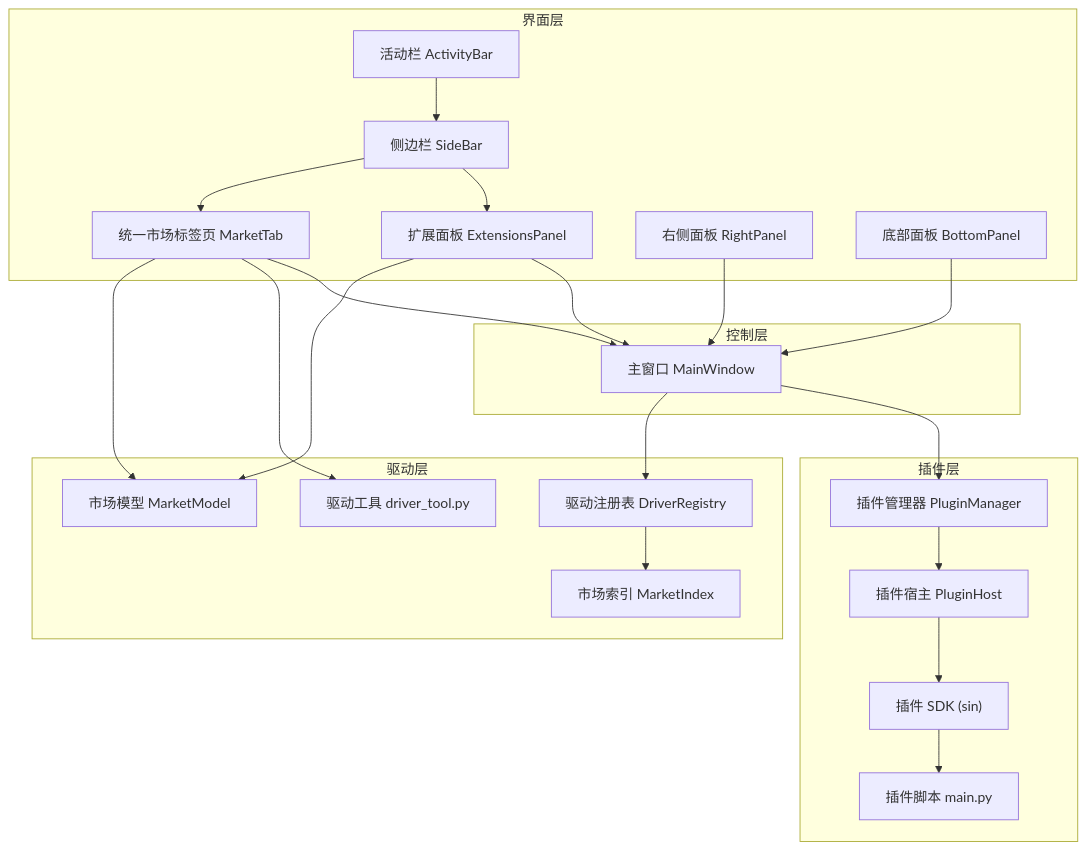
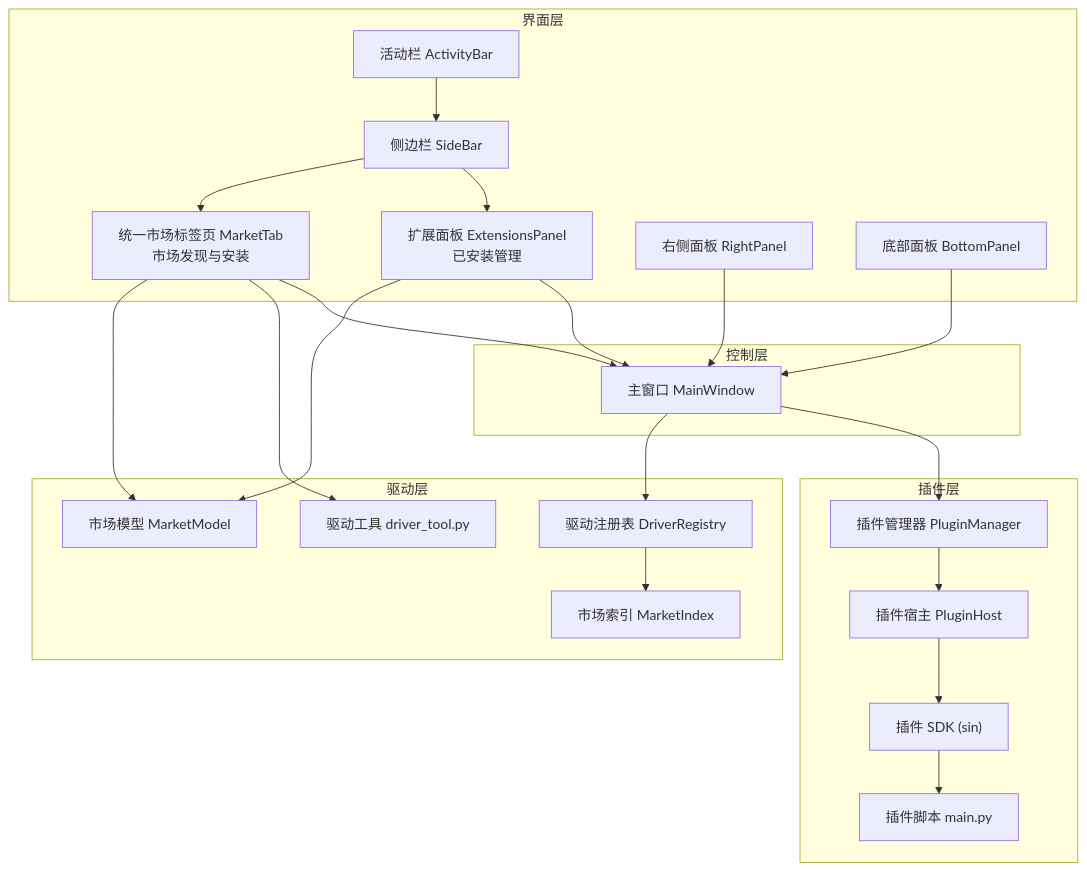
Before and after one commit to jakecai1225-design/OpenBus: the first of 13 diagrams in .qoder/repowiki/zh/content/架构设计/插件系统架构/扩展面板系统.md, drawn with Mermaid. The commit also changed other lines of this file and 92 other files, not shown here.

````diff
--- a/.qoder/repowiki/zh/content/架构设计/插件系统架构/扩展面板系统.md
+++ b/.qoder/repowiki/zh/content/架构设计/插件系统架构/扩展面板系统.md
@@ -62,42 +63,42 @@
 ```mermaid
 graph TB
 subgraph "界面层"
 AB["活动栏 ActivityBar"]
 SB["侧边栏 SideBar"]
-EP["扩展面板 ExtensionsPanel"]
-MT["统一市场标签页 MarketTab"]
+EP["扩展面板 ExtensionsPanel<br/>已安装管理"]
+MT["统一市场标签页 MarketTab<br/>市场发现与安装"]
 RP["右侧面板 RightPanel"]
 BP["底部面板 BottomPanel"]
 end
 subgraph "控制层"
 MW["主窗口 MainWindow"]
 end
 subgraph "插件层"
 PM["插件管理器 PluginManager"]
 PH["插件宿主 PluginHost"]
 SDK["插件 SDK (sin)"]
 PLG["插件脚本 main.py"]
 end
 subgraph "驱动层"
 DR["驱动注册表 DriverRegistry"]
 MI["市场索引 MarketIndex"]
 DT["驱动工具 driver_tool.py"]
 MM["市场模型 MarketModel"]
 end
 AB --> SB
 SB --> EP
 SB --> MT
 EP --> MW
 MT --> MW
 RP --> MW
 BP --> MW
 MW --> PM
 PM --> PH
 PH --> SDK
 SDK --> PLG
 MW --> DR
 DR --> MI
 MT --> DT
 MT --> MM
 EP --> MM
 ```
````
